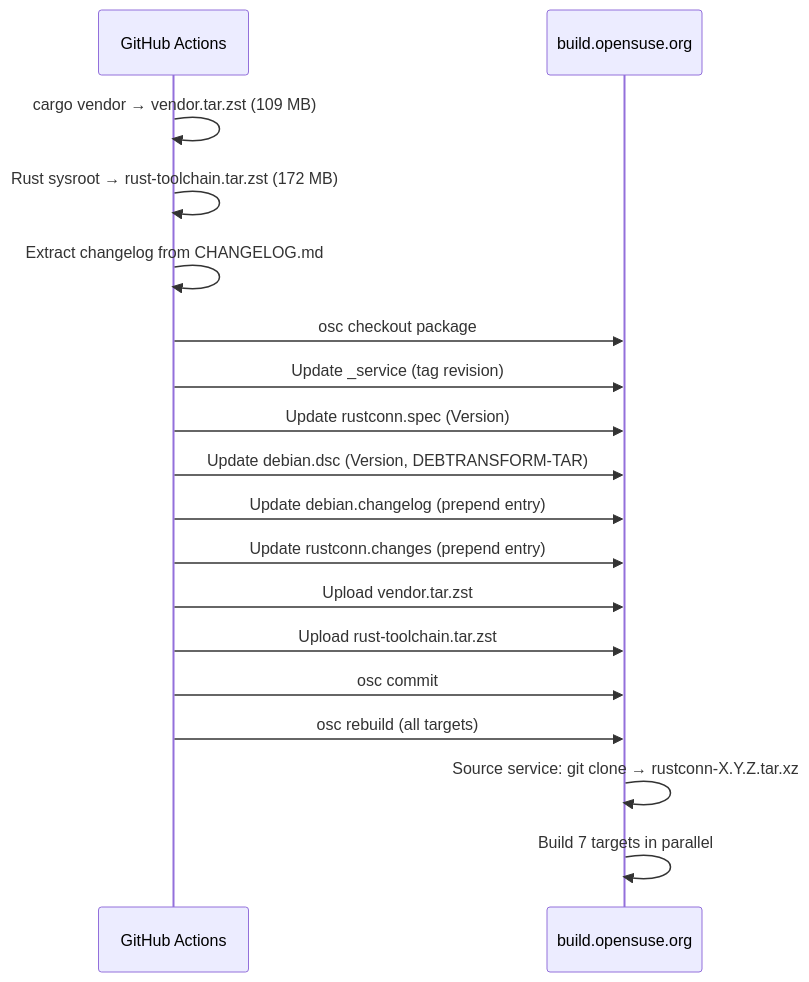
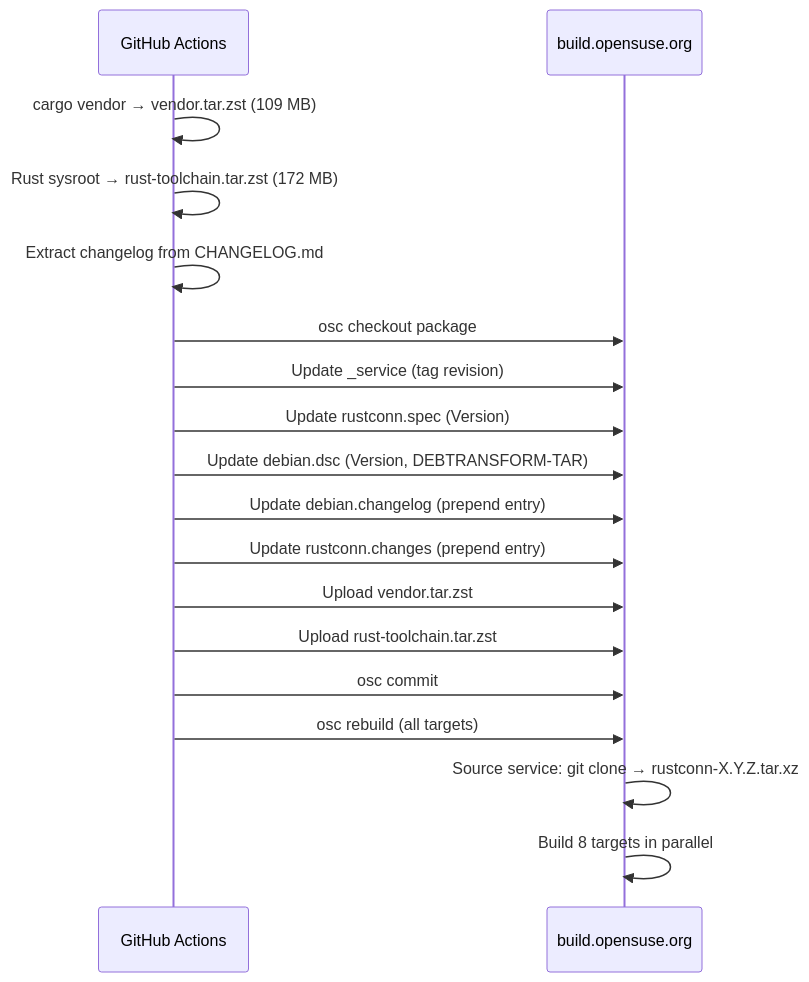
The fourth of 6 diagrams in docs/CI_BUILD_FLOW.md (shanecaf/RustConn), drawn with Mermaid before and after one commit. The commit also changed other lines of this file and 3 other files, not shown here.

````diff
--- a/docs/CI_BUILD_FLOW.md
+++ b/docs/CI_BUILD_FLOW.md
@@ -83,22 +108,22 @@
 ```mermaid
 sequenceDiagram
     participant CI as GitHub Actions
     participant OBS as build.opensuse.org
 
     CI->>CI: cargo vendor → vendor.tar.zst (109 MB)
     CI->>CI: Rust sysroot → rust-toolchain.tar.zst (172 MB)
     CI->>CI: Extract changelog from CHANGELOG.md
     CI->>OBS: osc checkout package
     CI->>OBS: Update _service (tag revision)
     CI->>OBS: Update rustconn.spec (Version)
     CI->>OBS: Update debian.dsc (Version, DEBTRANSFORM-TAR)
     CI->>OBS: Update debian.changelog (prepend entry)
     CI->>OBS: Update rustconn.changes (prepend entry)
     CI->>OBS: Upload vendor.tar.zst
     CI->>OBS: Upload rust-toolchain.tar.zst
     CI->>OBS: osc commit
     CI->>OBS: osc rebuild (all targets)
 
     OBS->>OBS: Source service: git clone → rustconn-X.Y.Z.tar.xz
-    OBS->>OBS: Build 7 targets in parallel
+    OBS->>OBS: Build 8 targets in parallel
 ```
````
